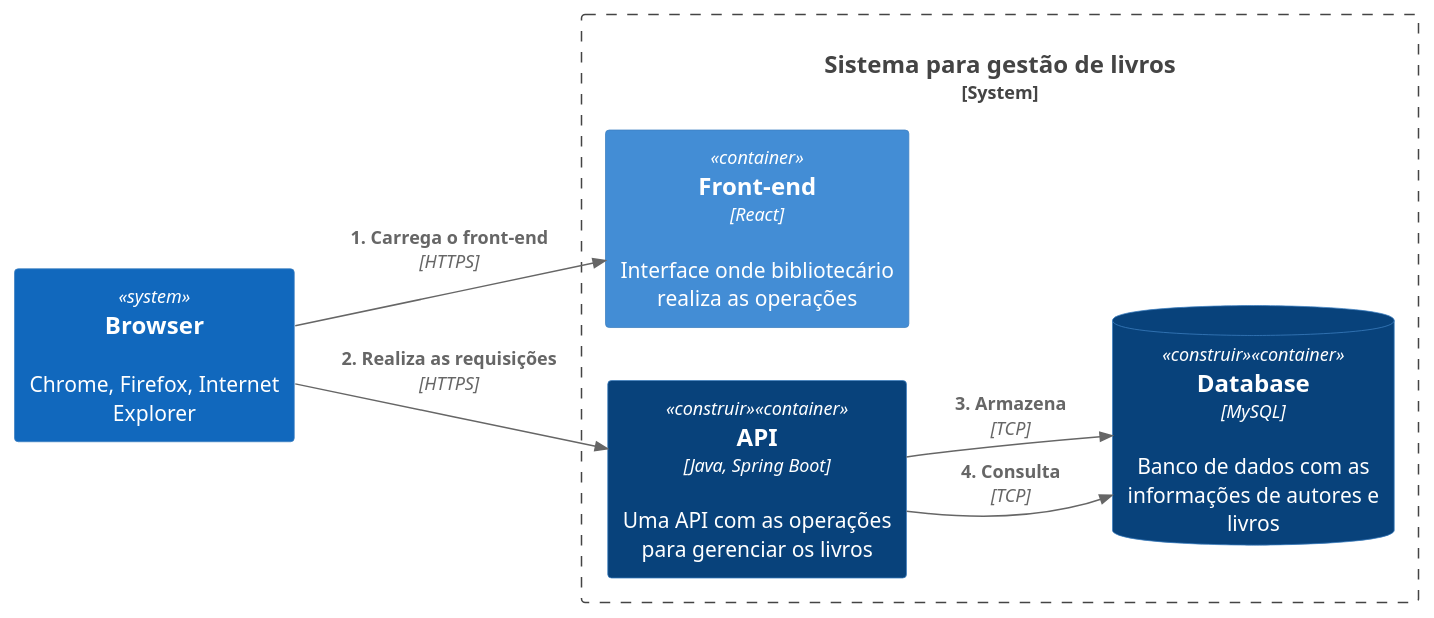
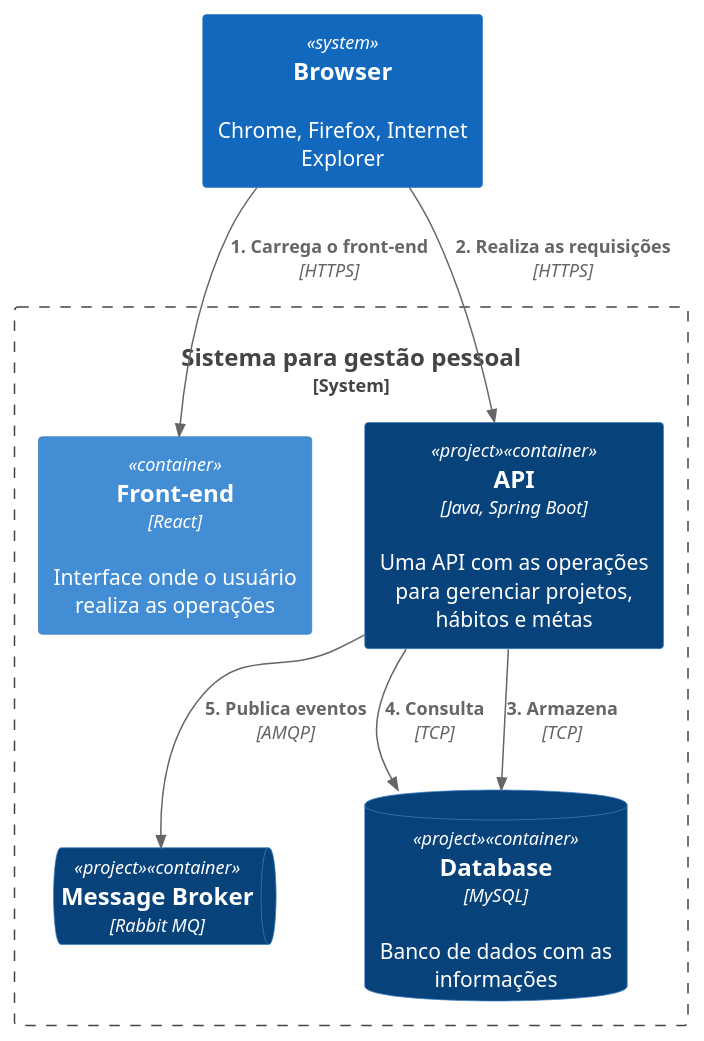
Before and after one commit to wesley-ramos/basic_spring_boot_course: the diagram in docs/arquitetura.iuml, drawn with PlantUML. The commit also changed 1 other file, not shown here.

Commit message:
updating the diagrams

```diff
--- a/docs/arquitetura.iuml
+++ b/docs/arquitetura.iuml
@@ -1,23 +1,26 @@
 @startuml Arquitetura
 
 !include https://raw.githubusercontent.com/plantuml-stdlib/C4-PlantUML/master/C4_Container.puml
 
-LAYOUT_LEFT_RIGHT()
+LAYOUT_TOP_DOWN()
 
-AddElementTag("construir", $legendText="Vamos construir nesse vídeo", $fontColor="#ffffff", $bgColor="#08427B")
+AddElementTag("project", $legendText="Vamos construir nesse vídeo", $fontColor="#ffffff", $bgColor="#08427B")
 
 System(browser, "Browser", "Chrome, Firefox, Internet Explorer")
 
-System_Boundary(c1, "Sistema para gestão de livros") {
-  Container(frontend, "Front-end", "React", "Interface onde bibliotecário realiza as operações")
-  Container(api, "API", "Java, Spring Boot", "Uma API com as operações para gerenciar os livros", $tags="construir")
-  ContainerDb(database, "Database", "MySQL", "Banco de dados com as informações de autores e livros", $tags="construir")
+System_Boundary(c1, "Sistema para gestão pessoal") {
+  Container(frontend, "Front-end", "React", "Interface onde o usuário realiza as operações")
+  Container(api, "API", "Java, Spring Boot", "Uma API com as operações para gerenciar projetos, hábitos e métas", $tags="project")
+  ContainerQueue(message_broker, "Message Broker", "Rabbit MQ", "", $tags="project")
+  ContainerDb(database, "Database", "MySQL", "Banco de dados com as informações", $tags="project")
 }
 
 Rel(browser, frontend, "1. Carrega o front-end", "HTTPS")
 Rel(browser, api, "2. Realiza as requisições", "HTTPS")
 
 Rel(api, database, "4. Consulta", "TCP")
 Rel(api, database, "3. Armazena", "TCP")
 
+Rel(api, message_broker, "5. Publica eventos", "AMQP")
+
 @enduml
```
